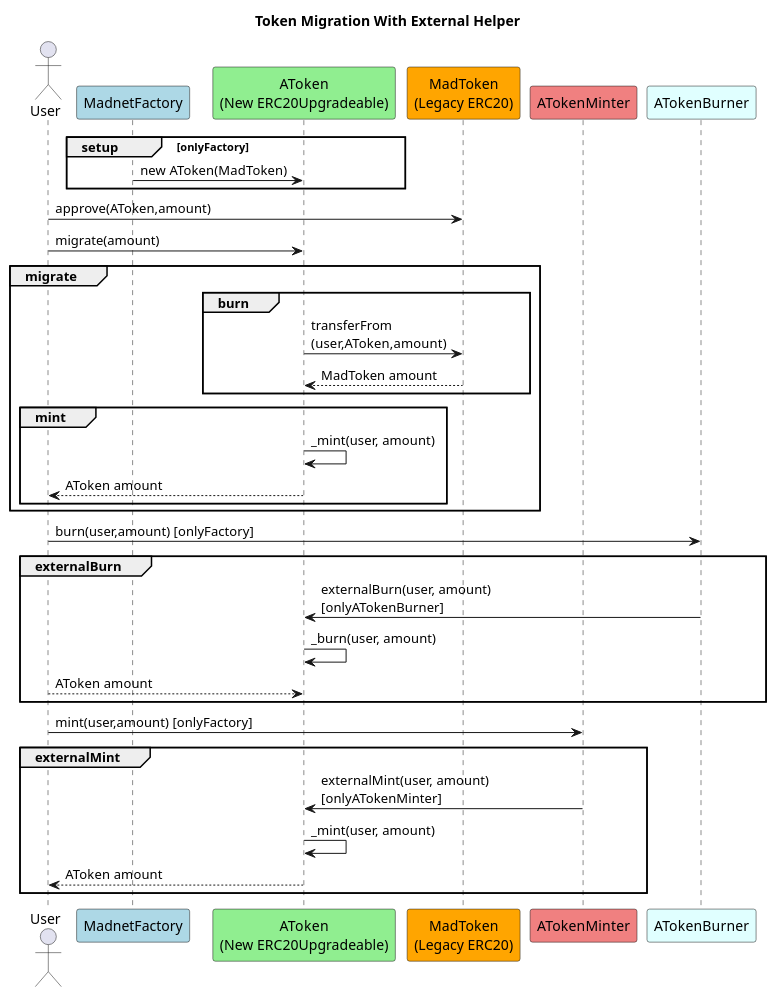
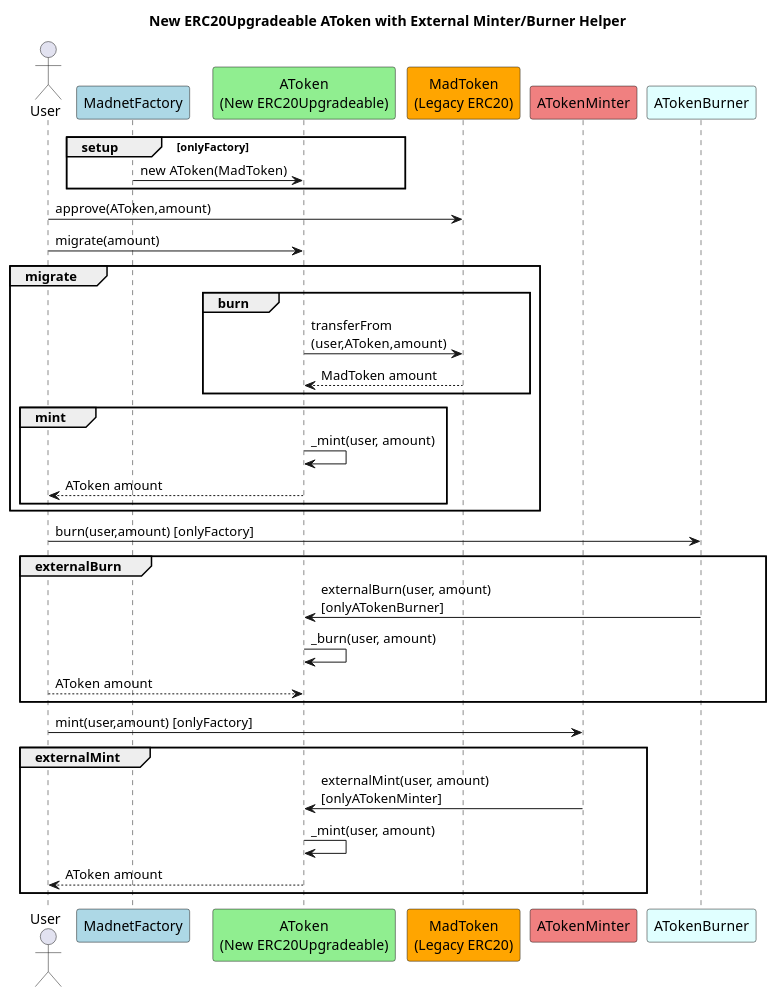
One commit to alicenet/alicenet changed the diagram in bridge/docs/token_migration.puml. Above: the diagram before and after it, drawn with PlantUML. The commit also changed 10 other files, not shown here.

```diff
--- a/bridge/docs/token_migration.puml
+++ b/bridge/docs/token_migration.puml
@@ -1,37 +1,37 @@
 @startuml name
 Actor User
 Participant "MadnetFactory" as MadnetFactory #LightBlue
 Participant "AToken\n(New ERC20Upgradeable)" as AToken #LightGreen
 Participant "MadToken\n(Legacy ERC20)" as MadToken #Orange
 Participant "ATokenMinter" as ATokenMinter #LightCoral
 Participant "ATokenBurner" as ATokenBurner #LightCyan
-title Token Migration With External Helper
+title New ERC20Upgradeable AToken with External Minter/Burner Helper
 
 group setup    [onlyFactory]
     MadnetFactory -> AToken : new AToken(MadToken)
 end
 User -> MadToken : approve(AToken,amount)
 User -> AToken : migrate(amount)
 group migrate
     group burn       
         AToken -> MadToken : transferFrom\n(user,AToken,amount)
         MadToken --> AToken: MadToken amount
     end
     group mint        
         AToken -> AToken : _mint(user, amount)
         AToken --> User: AToken amount
     end
 end
 User -> ATokenBurner : burn(user,amount) [onlyFactory]
 group externalBurn       
     ATokenBurner -> AToken : externalBurn(user, amount)\n[onlyATokenBurner]
     AToken -> AToken : _burn(user, amount)  
     User --> AToken: AToken amount
 end
 User -> ATokenMinter : mint(user,amount) [onlyFactory]
 group externalMint        
     ATokenMinter -> AToken : externalMint(user, amount)\n[onlyATokenMinter]
     AToken -> AToken : _mint(user, amount) 
     AToken --> User: AToken amount
 end
 @enduml
```
